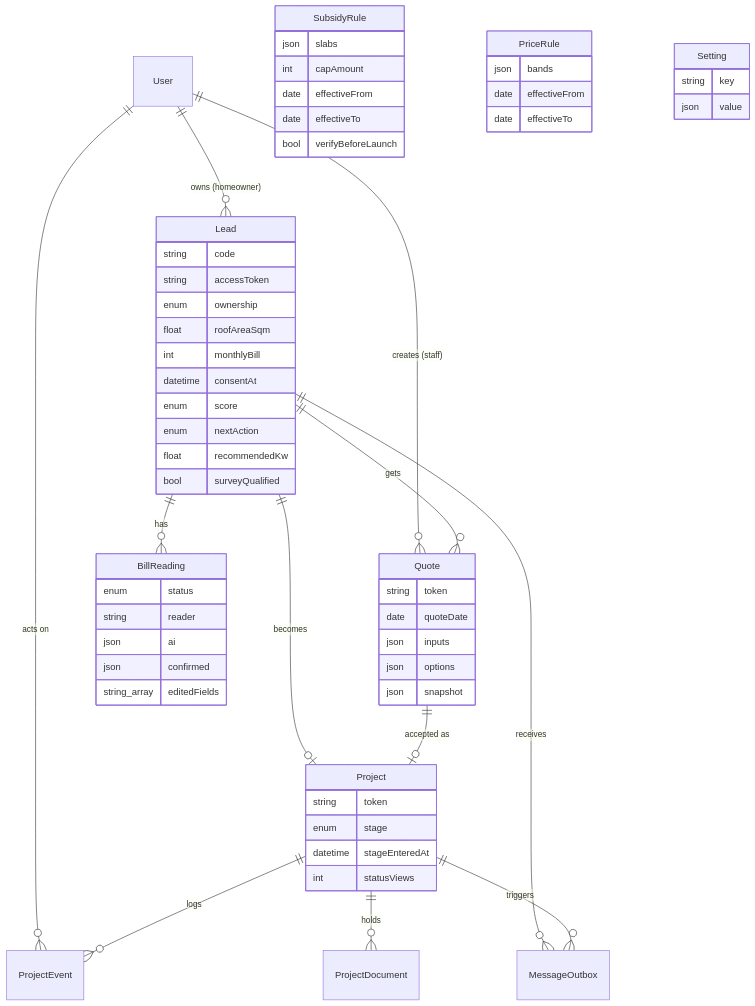
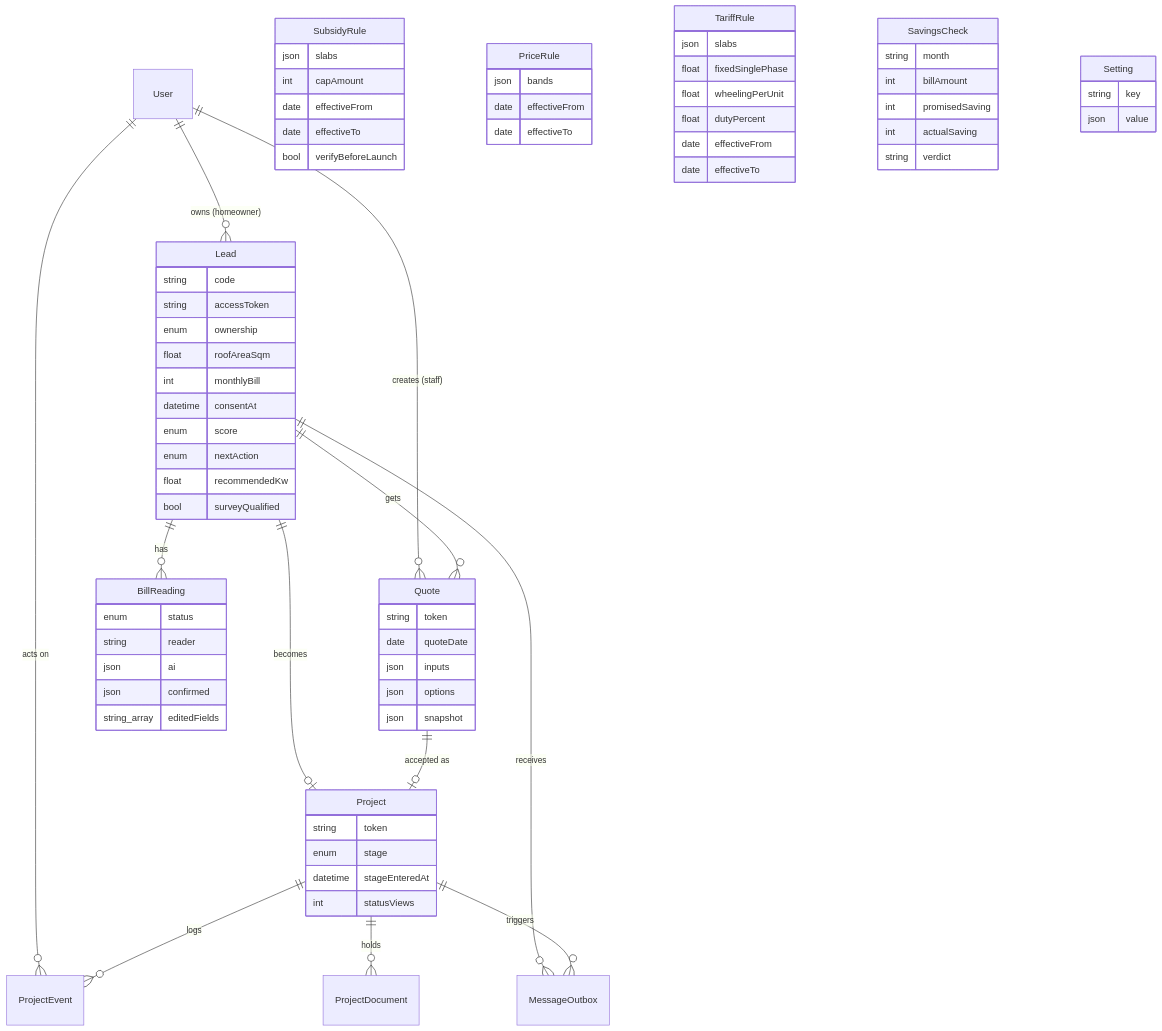
The second of 4 diagrams in docs/TDD.md (Divyam1909/sunpath), drawn with Mermaid before and after one commit. The commit also changed other lines of this file and 22 other files, not shown here.

````diff
--- a/docs/TDD.md
+++ b/docs/TDD.md
@@ -61,62 +61,77 @@
 ```mermaid
 erDiagram
   User ||--o{ Lead : "owns (homeowner)"
   User ||--o{ Quote : "creates (staff)"
   User ||--o{ ProjectEvent : "acts on"
   Lead ||--o{ BillReading : "has"
   Lead ||--o{ Quote : "gets"
   Lead ||--o| Project : "becomes"
   Lead ||--o{ MessageOutbox : "receives"
   Quote ||--o| Project : "accepted as"
   Project ||--o{ ProjectEvent : "logs"
   Project ||--o{ ProjectDocument : "holds"
   Project ||--o{ MessageOutbox : "triggers"
   Lead {
     string code
     string accessToken
     enum ownership
     float roofAreaSqm
     int monthlyBill
     datetime consentAt
     enum score
     enum nextAction
     float recommendedKw
     bool surveyQualified
   }
   BillReading {
     enum status
     string reader
     json ai
     json confirmed
     string_array editedFields
   }
   Quote {
     string token
     date quoteDate
     json inputs
     json options
     json snapshot
   }
   Project {
     string token
     enum stage
     datetime stageEnteredAt
     int statusViews
   }
   SubsidyRule {
     json slabs
     int capAmount
     date effectiveFrom
     date effectiveTo
     bool verifyBeforeLaunch
   }
   PriceRule {
     json bands
     date effectiveFrom
     date effectiveTo
   }
+  TariffRule {
+    json slabs
+    float fixedSinglePhase
+    float wheelingPerUnit
+    float dutyPercent
+    date effectiveFrom
+    date effectiveTo
+  }
+  SavingsCheck {
+    string month
+    int billAmount
+    int promisedSaving
+    int actualSaving
+    string verdict
+  }
   Setting {
     string key
     json value
   }
 ```
````
